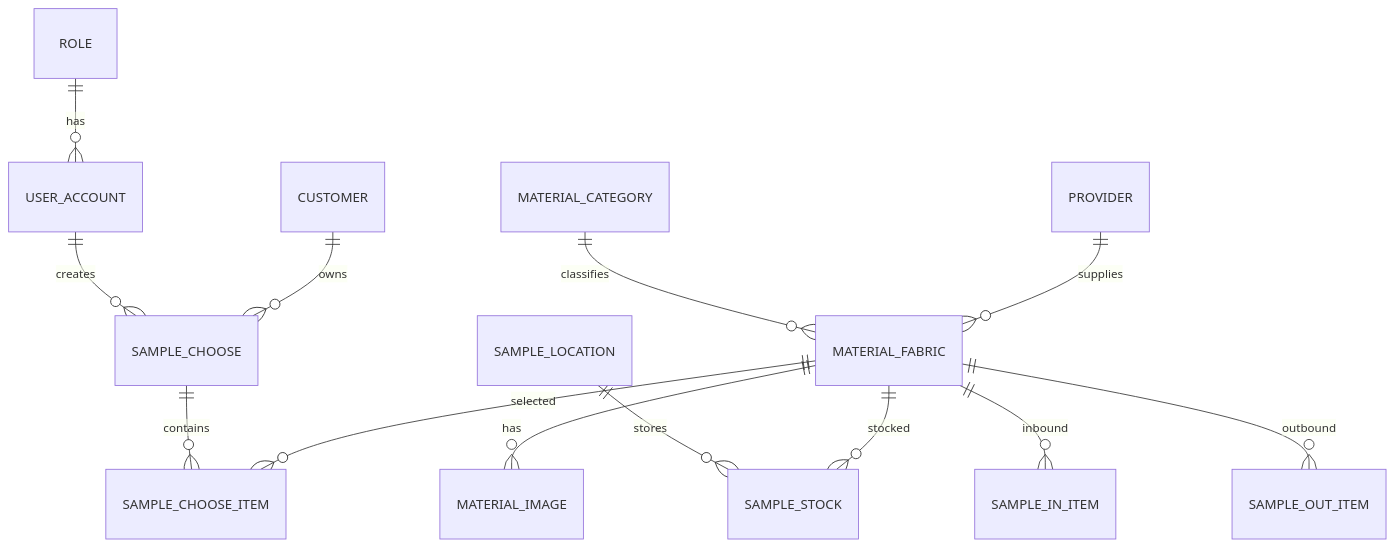
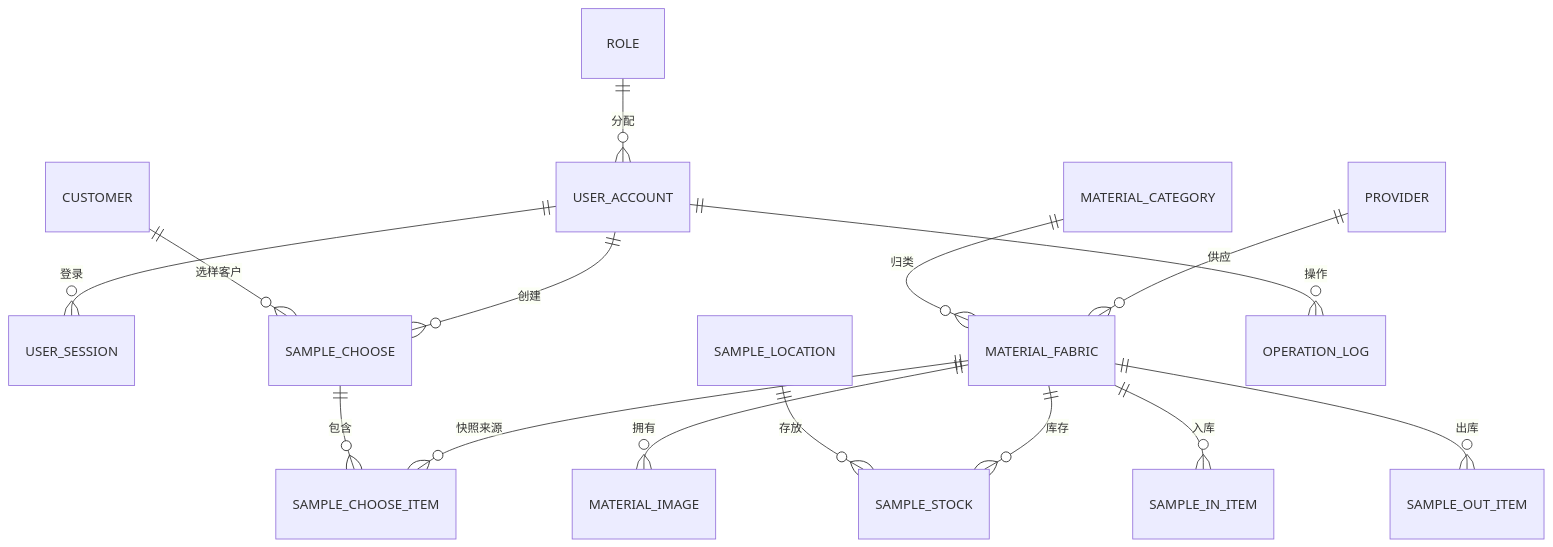
Before and after one commit to zhoushu44/111: the second of 2 diagrams in .trae/documents/敏群商贸ERP_技术架构.md, drawn with Mermaid. The commit also changed other lines of this file and 70 other files, not shown here.

````diff
--- a/.trae/documents/敏群商贸ERP_技术架构.md
+++ b/.trae/documents/敏群商贸ERP_技术架构.md
@@ -195,15 +108,17 @@
 ```mermaid
 erDiagram
-  USER_ACCOUNT ||--o{ SAMPLE_CHOOSE : "creates"
-  ROLE ||--o{ USER_ACCOUNT : "has"
-  MATERIAL_CATEGORY ||--o{ MATERIAL_FABRIC : "classifies"
-  PROVIDER ||--o{ MATERIAL_FABRIC : "supplies"
-  MATERIAL_FABRIC ||--o{ MATERIAL_IMAGE : "has"
-  CUSTOMER ||--o{ SAMPLE_CHOOSE : "owns"
-  SAMPLE_CHOOSE ||--o{ SAMPLE_CHOOSE_ITEM : "contains"
-  MATERIAL_FABRIC ||--o{ SAMPLE_CHOOSE_ITEM : "selected"
-  SAMPLE_LOCATION ||--o{ SAMPLE_STOCK : "stores"
-  MATERIAL_FABRIC ||--o{ SAMPLE_STOCK : "stocked"
-  MATERIAL_FABRIC ||--o{ SAMPLE_IN_ITEM : "inbound"
-  MATERIAL_FABRIC ||--o{ SAMPLE_OUT_ITEM : "outbound"
+  ROLE ||--o{ USER_ACCOUNT : "分配"
+  USER_ACCOUNT ||--o{ USER_SESSION : "登录"
+  MATERIAL_CATEGORY ||--o{ MATERIAL_FABRIC : "归类"
+  PROVIDER ||--o{ MATERIAL_FABRIC : "供应"
+  MATERIAL_FABRIC ||--o{ MATERIAL_IMAGE : "拥有"
+  CUSTOMER ||--o{ SAMPLE_CHOOSE : "选样客户"
+  USER_ACCOUNT ||--o{ SAMPLE_CHOOSE : "创建"
+  SAMPLE_CHOOSE ||--o{ SAMPLE_CHOOSE_ITEM : "包含"
+  MATERIAL_FABRIC ||--o{ SAMPLE_CHOOSE_ITEM : "快照来源"
+  SAMPLE_LOCATION ||--o{ SAMPLE_STOCK : "存放"
+  MATERIAL_FABRIC ||--o{ SAMPLE_STOCK : "库存"
+  MATERIAL_FABRIC ||--o{ SAMPLE_IN_ITEM : "入库"
+  MATERIAL_FABRIC ||--o{ SAMPLE_OUT_ITEM : "出库"
+  USER_ACCOUNT ||--o{ OPERATION_LOG : "操作"
 ```
````
